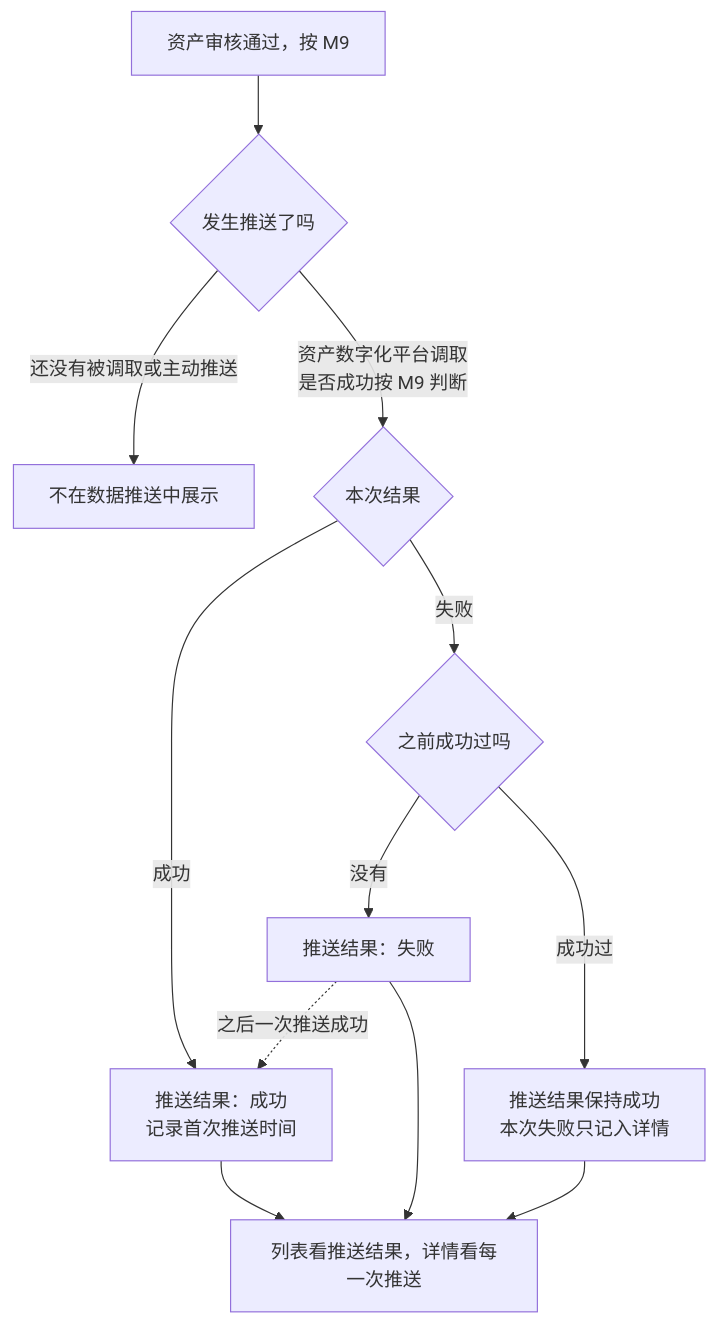
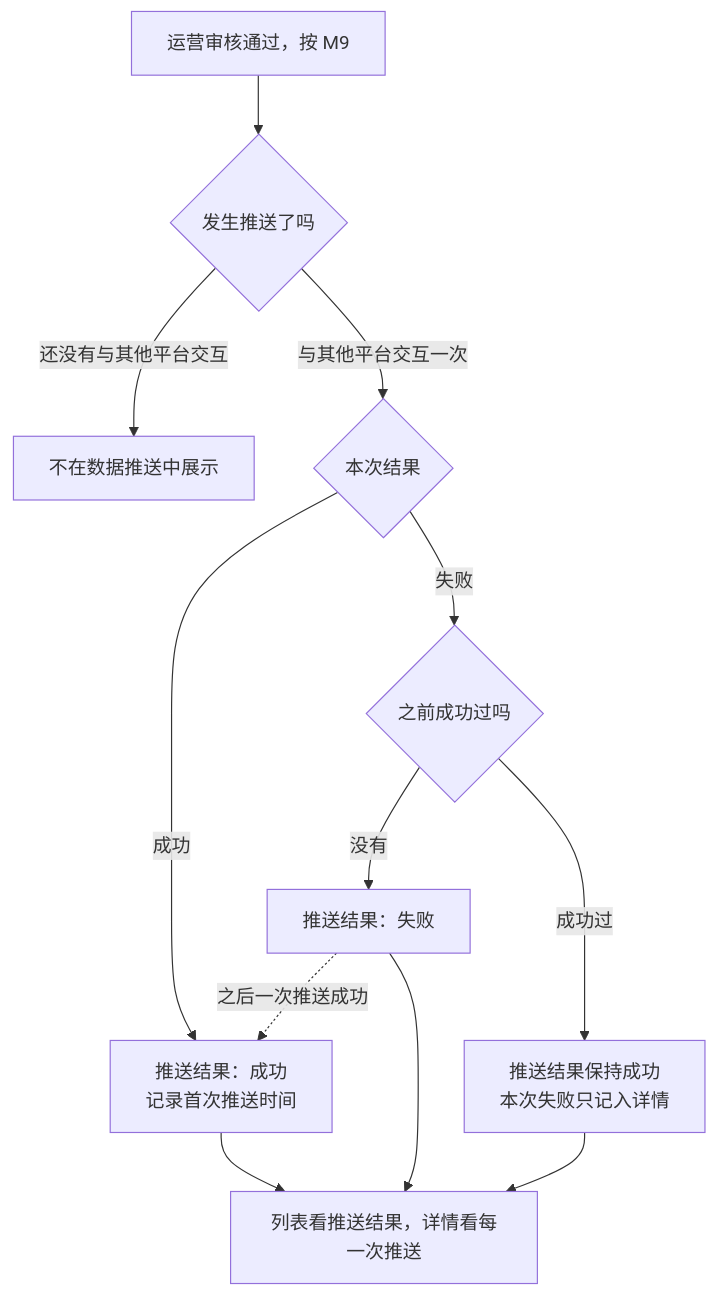
Before and after one commit to wxblockchain/Chain-Financing: the second of 4 diagrams in asset-trust-platform/PRD/运营端/M15-数据监控/02-数据监控-流程图与状态机.md, drawn with Mermaid. The commit also changed other lines of this file and 4 other files, not shown here.

````diff
--- a/asset-trust-platform/PRD/运营端/M15-数据监控/02-数据监控-流程图与状态机.md
+++ b/asset-trust-platform/PRD/运营端/M15-数据监控/02-数据监控-流程图与状态机.md
@@ -37,14 +37,14 @@
 ```mermaid
 flowchart TD
-    A[资产审核通过，按 M9] --> B{发生推送了吗}
-    B -->|还没有被调取或主动推送| X[不在数据推送中展示]
-    B -->|资产数字化平台调取<br/>是否成功按 M9 判断| Q{本次结果}
+    A[运营审核通过，按 M9] --> B{发生推送了吗}
+    B -->|还没有与其他平台交互| X[不在数据推送中展示]
+    B -->|与其他平台交互一次| Q{本次结果}
     Q -->|成功| S[推送结果：成功<br/>记录首次推送时间]
     Q -->|失败| F{之前成功过吗}
     F -->|没有| N[推送结果：失败]
     F -->|成功过| S2[推送结果保持成功<br/>本次失败只记入详情]
     N -.->|之后一次推送成功| S
     S --> L[列表看推送结果，详情看每一次推送]
     S2 --> L
     N --> L
 ```
````
